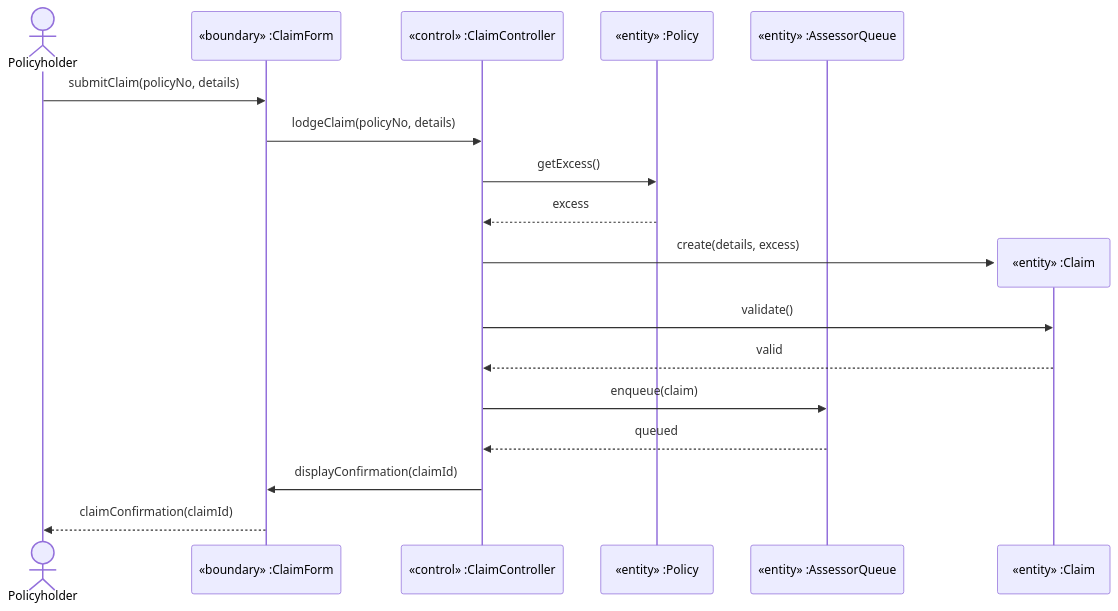
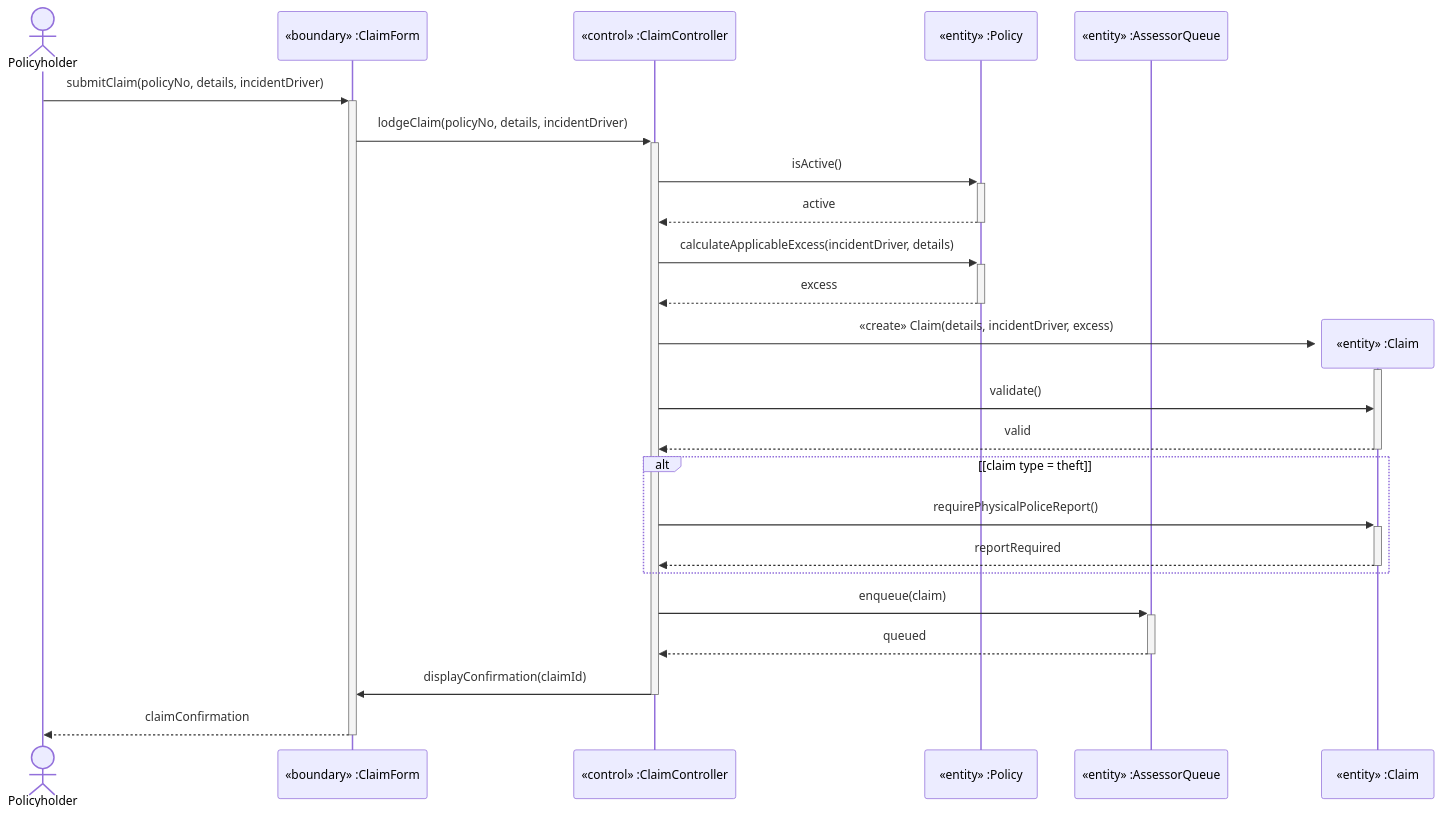
One commit to Beh69/Software-dev-lectures changed the fifth of 5 diagrams in EXAM-DIAGRAMS-AND-DESCRIPTIONS.md. Above: the diagram before and after it, drawn with Mermaid. The commit also changed other lines of this file and 1 other file, not shown here.

Commit message:
Correct worked UML diagrams and scenario models

````diff
--- a/EXAM-DIAGRAMS-AND-DESCRIPTIONS.md
+++ b/EXAM-DIAGRAMS-AND-DESCRIPTIONS.md
@@ -379,21 +455,28 @@
 ```mermaid
 sequenceDiagram
     actor Policyholder
     participant F as «boundary» :ClaimForm
     participant CC as «control» :ClaimController
     participant Pol as «entity» :Policy
     participant Q as «entity» :AssessorQueue
 
-    Policyholder->>F: submitClaim(policyNo, details)
-    F->>CC: lodgeClaim(policyNo, details)
-    CC->>Pol: getExcess()
-    Pol-->>CC: excess
+    Policyholder->>+F: submitClaim(policyNo, details, incidentDriver)
+    F->>+CC: lodgeClaim(policyNo, details, incidentDriver)
+    CC->>+Pol: isActive()
+    Pol-->>-CC: active
+    CC->>+Pol: calculateApplicableExcess(incidentDriver, details)
+    Pol-->>-CC: excess
     create participant Cl as «entity» :Claim
-    CC->>Cl: create(details, excess)
+    CC->>+Cl: «create» Claim(details, incidentDriver, excess)
     CC->>Cl: validate()
-    Cl-->>CC: valid
-    CC->>Q: enqueue(claim)
-    Q-->>CC: queued
+    Cl-->>-CC: valid
+    alt [claim type = theft]
+        CC->>+Cl: requirePhysicalPoliceReport()
+        Cl-->>-CC: reportRequired
+    end
+    CC->>+Q: enqueue(claim)
+    Q-->>-CC: queued
     CC->>F: displayConfirmation(claimId)
-    F-->>Policyholder: claimConfirmation(claimId)
+    deactivate CC
+    F-->>-Policyholder: claimConfirmation
 ```
````
